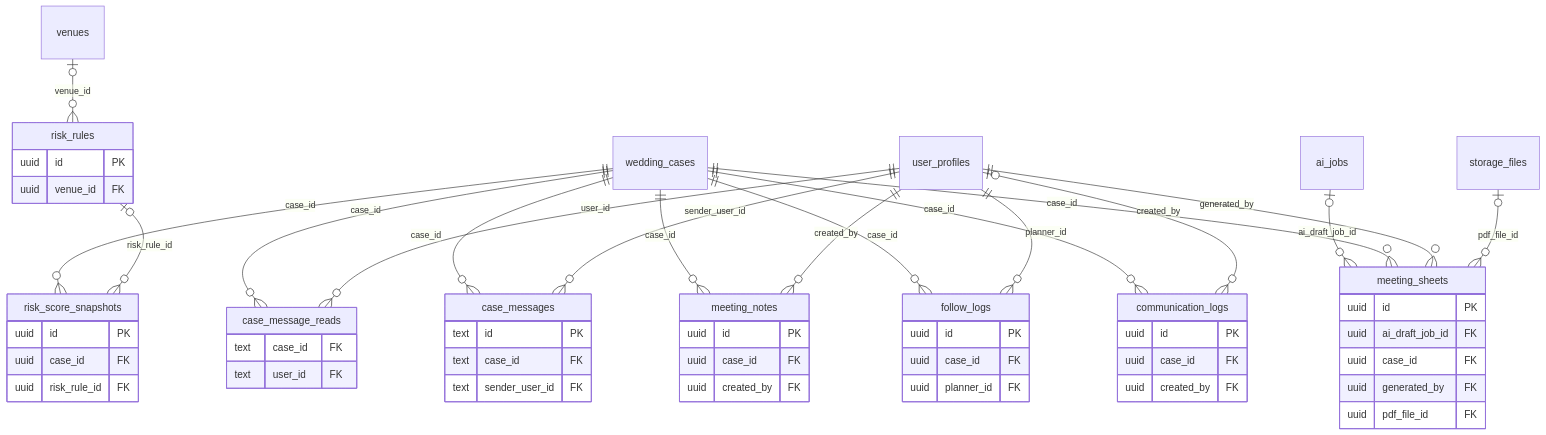
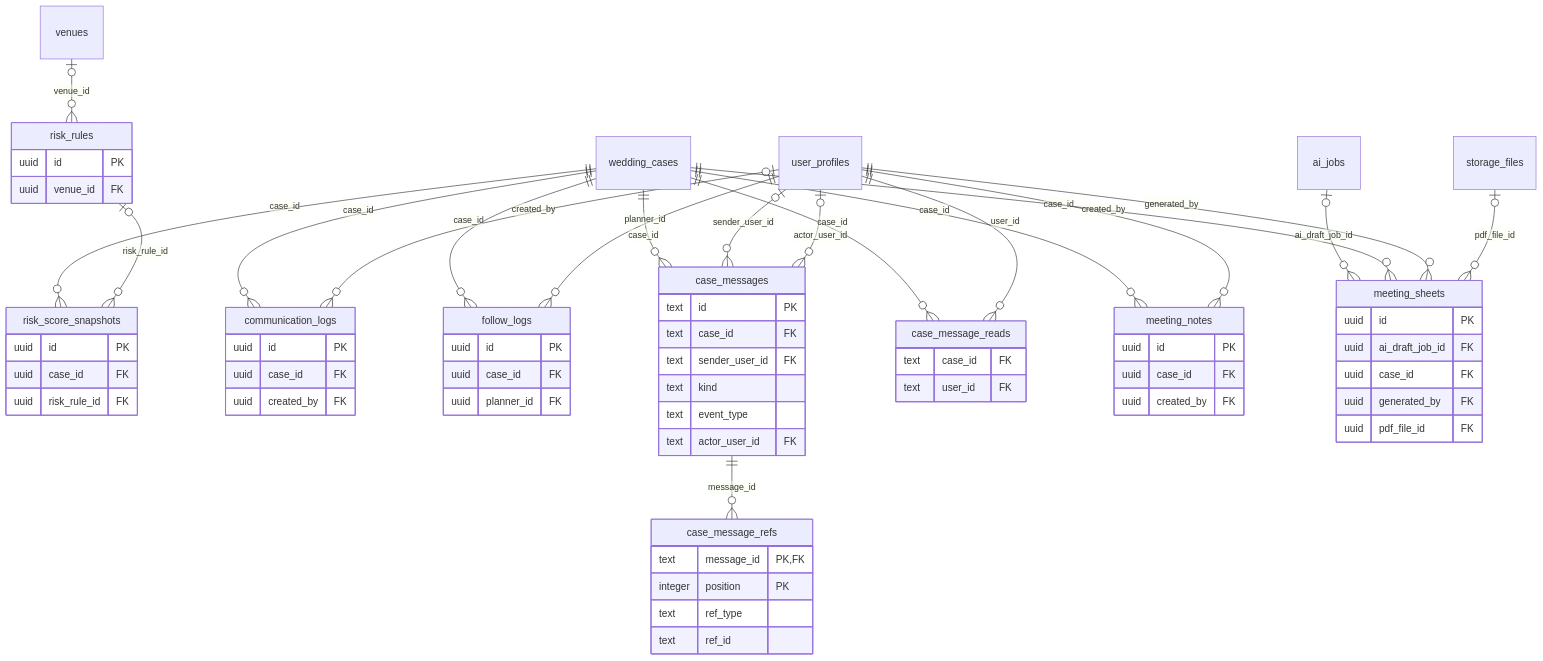
The diagram in docs/詳細設計/図/10-ER-進行支援.mmd (ryuki-moro/Nicomaru), drawn with Mermaid before and after one commit. The commit also changed 3 other files, not shown here.

Commit message:
チャット連携のスキーマ資料とER図を更新

```diff
--- a/docs/詳細設計/図/10-ER-進行支援.mmd
+++ b/docs/詳細設計/図/10-ER-進行支援.mmd
@@ -1,58 +1,69 @@
 erDiagram
   risk_rules {
     uuid id PK
     uuid venue_id FK
   }
   risk_score_snapshots {
     uuid id PK
     uuid case_id FK
     uuid risk_rule_id FK
   }
   communication_logs {
     uuid id PK
     uuid case_id FK
     uuid created_by FK
   }
   follow_logs {
     uuid id PK
     uuid case_id FK
     uuid planner_id FK
   }
   case_messages {
     text id PK
     text case_id FK
     text sender_user_id FK
+    text kind
+    text event_type
+    text actor_user_id FK
+  }
+  case_message_refs {
+    text message_id PK,FK
+    integer position PK
+    text ref_type
+    text ref_id
   }
   case_message_reads {
     text case_id FK
     text user_id FK
   }
   meeting_notes {
     uuid id PK
     uuid case_id FK
     uuid created_by FK
   }
   meeting_sheets {
     uuid id PK
     uuid ai_draft_job_id FK
     uuid case_id FK
     uuid generated_by FK
     uuid pdf_file_id FK
   }
   venues |o--o{ risk_rules : "venue_id"
   wedding_cases ||--o{ risk_score_snapshots : "case_id"
   risk_rules |o--o{ risk_score_snapshots : "risk_rule_id"
   wedding_cases ||--o{ communication_logs : "case_id"
   user_profiles |o--o{ communication_logs : "created_by"
   wedding_cases ||--o{ follow_logs : "case_id"
   user_profiles ||--o{ follow_logs : "planner_id"
   wedding_cases ||--o{ meeting_notes : "case_id"
   user_profiles ||--o{ meeting_notes : "created_by"
   ai_jobs |o--o{ meeting_sheets : "ai_draft_job_id"
   wedding_cases ||--o{ meeting_sheets : "case_id"
   user_profiles ||--o{ meeting_sheets : "generated_by"
   storage_files |o--o{ meeting_sheets : "pdf_file_id"
   wedding_cases ||--o{ case_messages : "case_id"
-  user_profiles ||--o{ case_messages : "sender_user_id"
+  user_profiles |o--o{ case_messages : "sender_user_id"
+  user_profiles |o--o{ case_messages : "actor_user_id"
+  case_messages ||--o{ case_message_refs : "message_id"
   wedding_cases ||--o{ case_message_reads : "case_id"
   user_profiles ||--o{ case_message_reads : "user_id"
```
